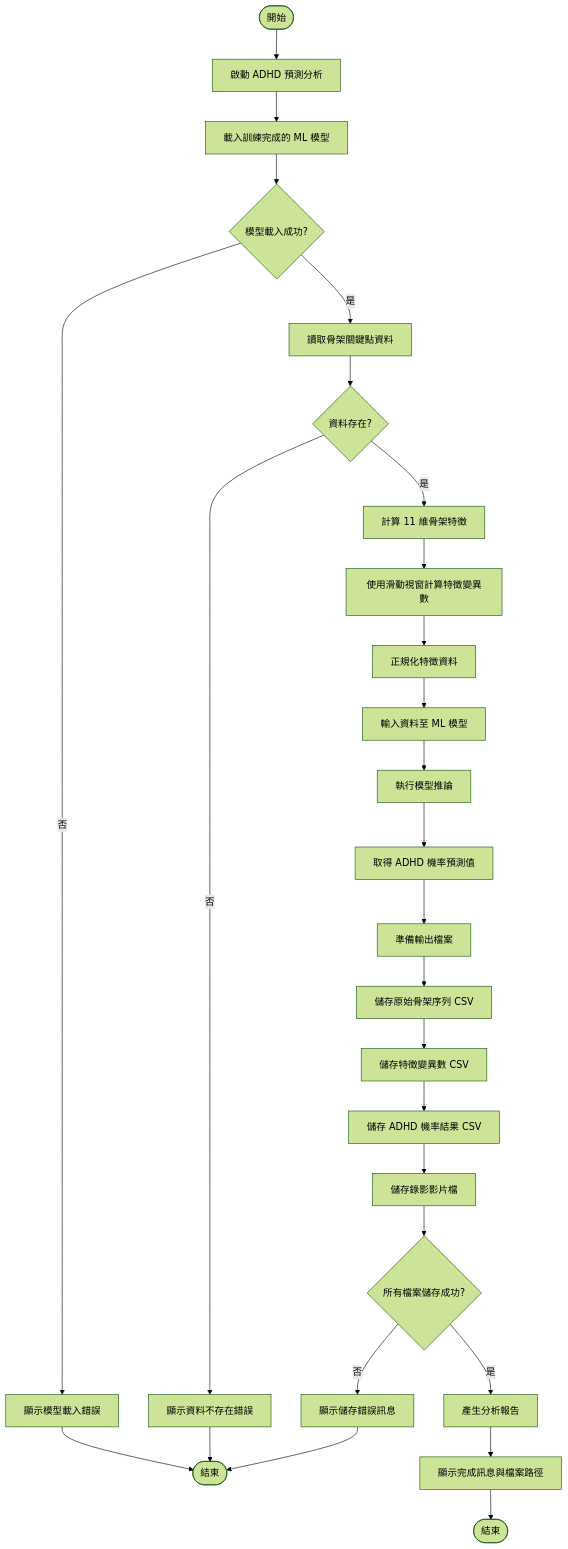
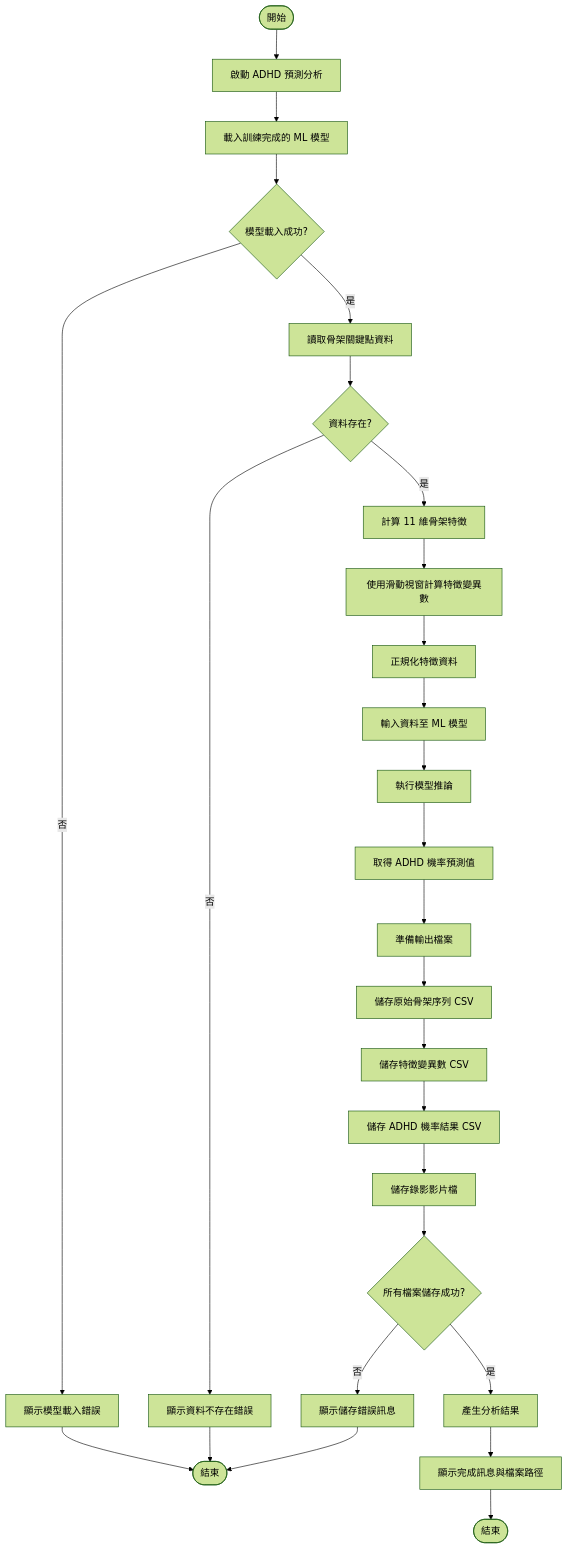
One commit to Zero-cloud112/project changed the fifth of 9 diagrams in hw5.md. Above: the diagram before and after it, drawn with Mermaid (forest theme).

````diff
--- a/hw5.md
+++ b/hw5.md
@@ -455,33 +455,33 @@
 ```mermaid
 flowchart TD
     Start([開始]) --> A[啟動 ADHD 預測分析]
     A --> B[載入訓練完成的 ML 模型]
     B --> C{模型載入成功?}
     C -->|否| D[顯示模型載入錯誤]
     D --> End1([結束])
     
     C -->|是| E[讀取骨架關鍵點資料]
     E --> F{資料存在?}
     F -->|否| G[顯示資料不存在錯誤]
     G --> End1
     
     F -->|是| H[計算 11 維骨架特徵]
     H --> I[使用滑動視窗計算特徵變異數]
     I --> J[正規化特徵資料]
     J --> K[輸入資料至 ML 模型]
     K --> L[執行模型推論]
     L --> M[取得 ADHD 機率預測值]
     
     M --> N[準備輸出檔案]
     N --> O[儲存原始骨架序列 CSV]
     O --> P[儲存特徵變異數 CSV]
     P --> Q[儲存 ADHD 機率結果 CSV]
     Q --> R[儲存錄影影片檔]
     
     R --> S{所有檔案儲存成功?}
     S -->|否| T[顯示儲存錯誤訊息]
     T --> End1
-    S -->|是| U[產生分析報告]
+    S -->|是| U[產生分析結果]
     U --> V[顯示完成訊息與檔案路徑]
     V --> End2([結束])
 ```
````
